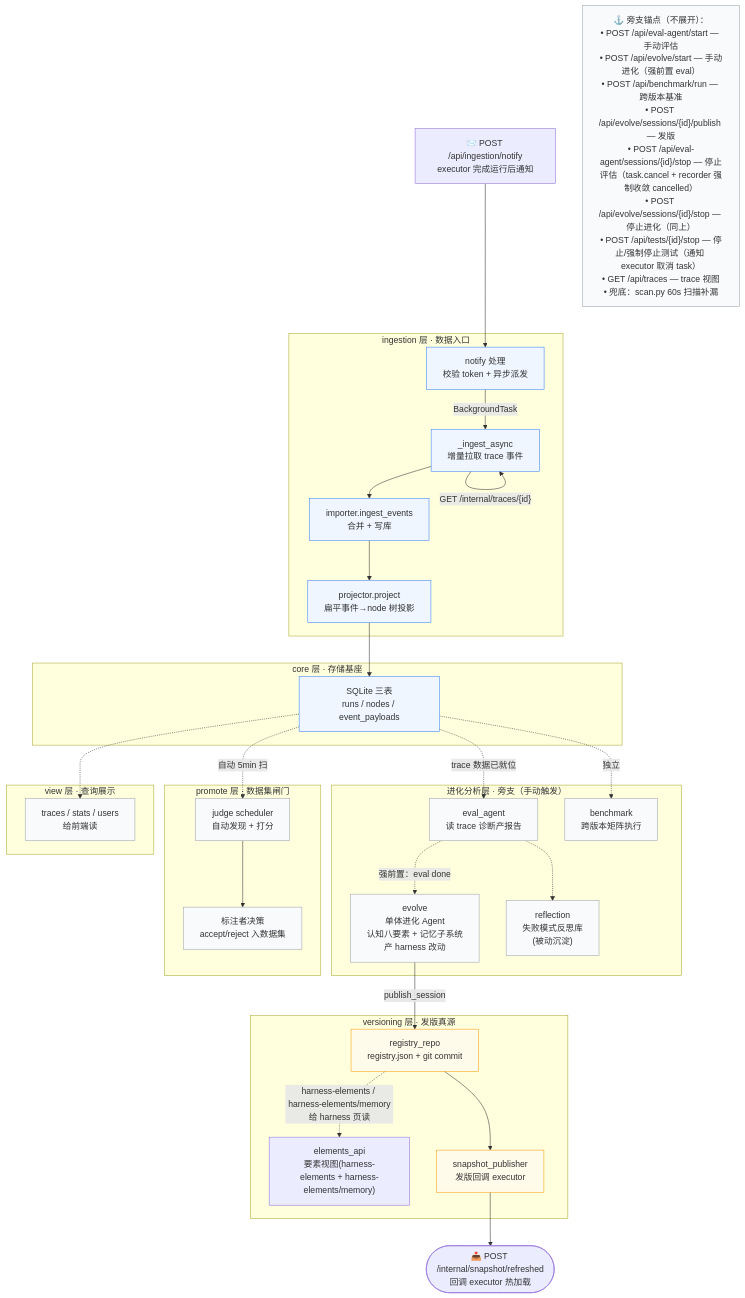
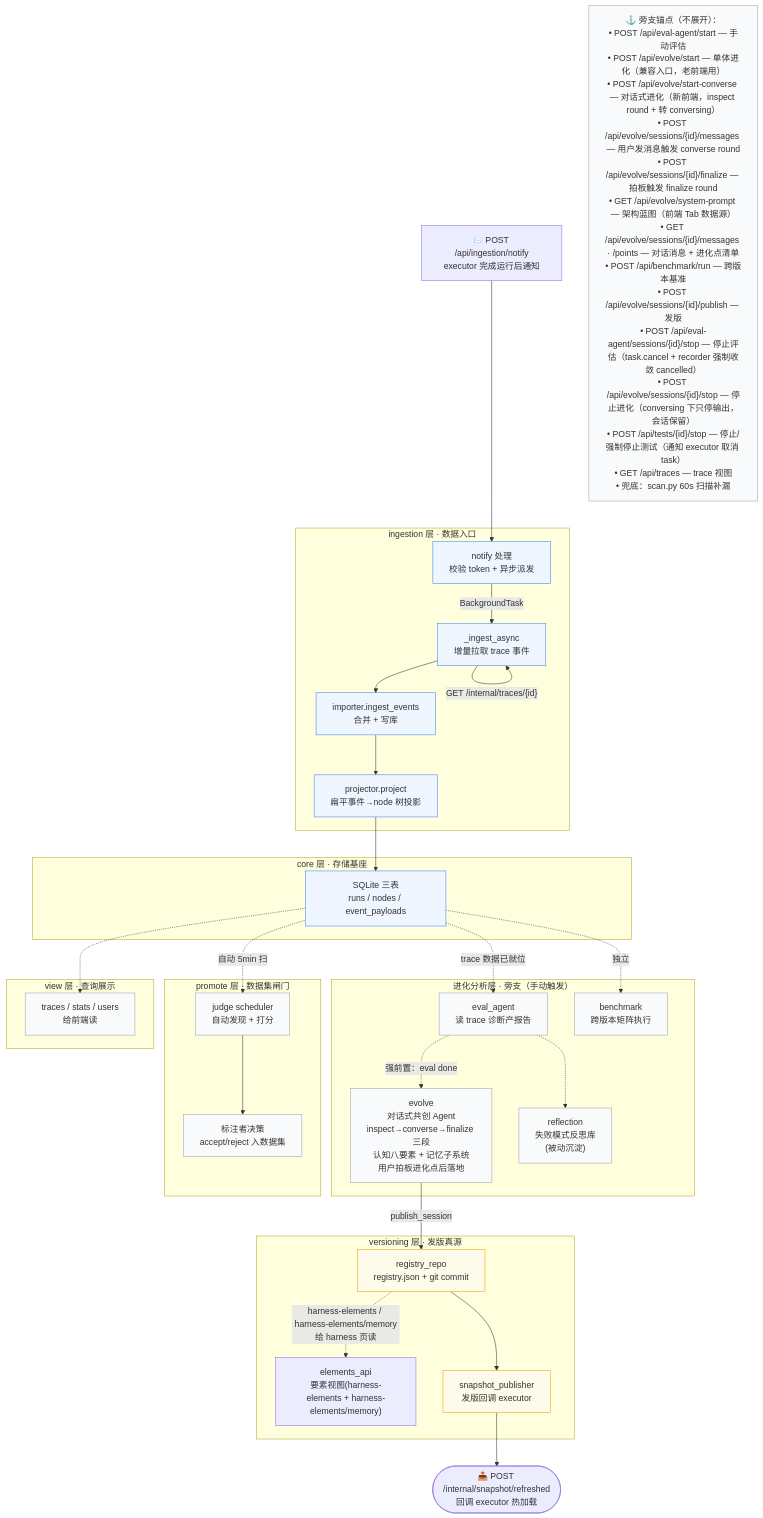
The third of 8 diagrams in docs/系统心智模型.md (gaoshoupaper-code/EvoWriter), drawn with Mermaid before and after one commit. The commit also changed other lines of this file, not shown here.

First line of the commit message:
docs: 同步进化对话式共创工作台到心智模型图

````diff
--- a/docs/系统心智模型.md
+++ b/docs/系统心智模型.md
@@ -216,75 +216,75 @@
 ```mermaid
 flowchart TD
     Notify["📨 POST /api/ingestion/notify<br/>executor 完成运行后通知"]
 
     subgraph L_Ingest["ingestion 层 · 数据入口"]
         I1["notify 处理<br/>校验 token + 异步派发"]
         I2["_ingest_async<br/>增量拉取 trace 事件"]
         I3["importer.ingest_events<br/>合并 + 写库"]
         I4["projector.project<br/>扁平事件→node 树投影"]
     end
 
     subgraph L_Core["core 层 · 存储基座"]
         C1["SQLite 三表<br/>runs / nodes / event_payloads"]
     end
 
     subgraph L_Evolve["进化分析层 · 旁支（手动触发）"]
         E1["eval_agent<br/>读 trace 诊断产报告"]
-        E2["evolve<br/>单体进化 Agent<br/>认知八要素 + 记忆子系统<br/>产 harness 改动"]
+        E2["evolve<br/>对话式共创 Agent<br/>inspect→converse→finalize 三段<br/>认知八要素 + 记忆子系统<br/>用户拍板进化点后落地"]
         E3["benchmark<br/>跨版本矩阵执行"]
         E4["reflection<br/>失败模式反思库<br/>(被动沉淀)"]
     end
 
     subgraph L_Promote["promote 层 · 数据集闸门"]
         PM1["judge scheduler<br/>自动发现 + 打分"]
         PM2["标注者决策<br/>accept/reject 入数据集"]
     end
 
     subgraph L_Version["versioning 层 · 发版真源"]
         V1["registry_repo<br/>registry.json + git commit"]
         V1b["elements_api<br/>要素视图(harness-elements + harness-elements/memory)"]
         V2["snapshot_publisher<br/>发版回调 executor"]
     end
 
     subgraph L_View["view 层 · 查询展示"]
         VW1["traces / stats / users<br/>给前端读"]
     end
 
     Out2(["📤 POST /internal/snapshot/refreshed<br/>回调 executor 热加载"])
 
     %% 主线
     Notify --> I1
     I1 -->|"BackgroundTask"| I2
     I2 -->|"GET /internal/traces/{id}"| I2
     I2 --> I3
     I3 --> I4
     I4 --> C1
 
     %% 进化分析（旁支，从已存数据触发）
     C1 -.->|"trace 数据已就位"| E1
     E1 -.->|"强前置：eval done"| E2
     E1 -.-> E4
     C1 -.->|"独立"| E3
     C1 -.->|"自动 5min 扫"| PM1
     PM1 --> PM2
 
     %% 发版
     E2 -->|"publish_session"| V1
     V1 --> V2
     V2 --> Out2
 
     %% 查询
     C1 -.-> VW1
     V1 -.->|"harness-elements / harness-elements/memory<br/>给 harness 页读"| V1b
 
-    Anchor3["⚓ 旁支锚点（不展开）：<br/>• POST /api/eval-agent/start — 手动评估<br/>• POST /api/evolve/start — 手动进化（强前置 eval）<br/>• POST /api/benchmark/run — 跨版本基准<br/>• POST /api/evolve/sessions/{id}/publish — 发版<br/>• POST /api/eval-agent/sessions/{id}/stop — 停止评估（task.cancel + recorder 强制收敛 cancelled）<br/>• POST /api/evolve/sessions/{id}/stop — 停止进化（同上）<br/>• POST /api/tests/{id}/stop — 停止/强制停止测试（通知 executor 取消 task）<br/>• GET /api/traces — trace 视图<br/>• 兜底：scan.py 60s 扫描补漏"]
+    Anchor3["⚓ 旁支锚点（不展开）：<br/>• POST /api/eval-agent/start — 手动评估<br/>• POST /api/evolve/start — 单体进化（兼容入口，老前端用）<br/>• POST /api/evolve/start-converse — 对话式进化（新前端，inspect round + 转 conversing）<br/>• POST /api/evolve/sessions/{id}/messages — 用户发消息触发 converse round<br/>• POST /api/evolve/sessions/{id}/finalize — 拍板触发 finalize round<br/>• GET /api/evolve/system-prompt — 架构蓝图（前端 Tab 数据源）<br/>• GET /api/evolve/sessions/{id}/messages · /points — 对话消息 + 进化点清单<br/>• POST /api/benchmark/run — 跨版本基准<br/>• POST /api/evolve/sessions/{id}/publish — 发版<br/>• POST /api/eval-agent/sessions/{id}/stop — 停止评估（task.cancel + recorder 强制收敛 cancelled）<br/>• POST /api/evolve/sessions/{id}/stop — 停止进化（conversing 下只停输出，会话保留）<br/>• POST /api/tests/{id}/stop — 停止/强制停止测试（通知 executor 取消 task）<br/>• GET /api/traces — trace 视图<br/>• 兜底：scan.py 60s 扫描补漏"]
 
     classDef main fill:#eff6ff,stroke:#3b82f6
     classDef side fill:#f9fafb,stroke:#9ca3af
     classDef ver fill:#fffbeb,stroke:#f59e0b
 
     class I1,I2,I3,I4,C1 main
     class E1,E2,E3,E4,PM1,PM2,VW1 side
     class V1,V2 ver
     class Anchor3 side
 ```
````
